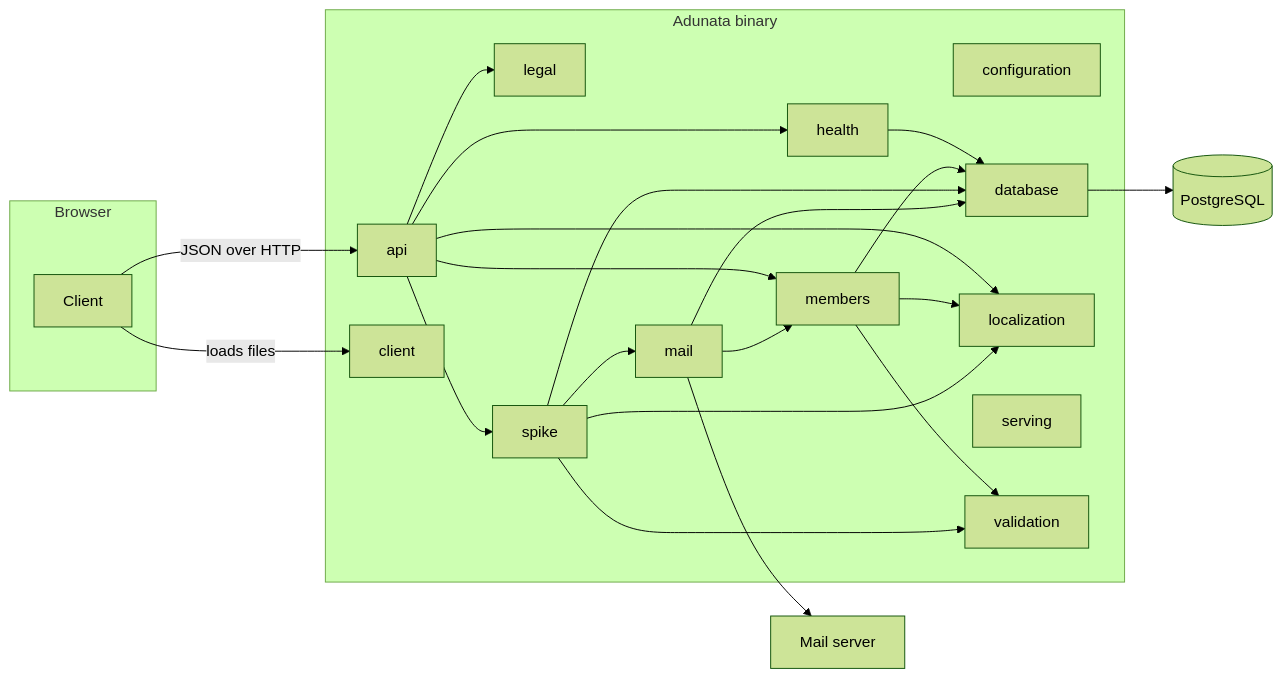
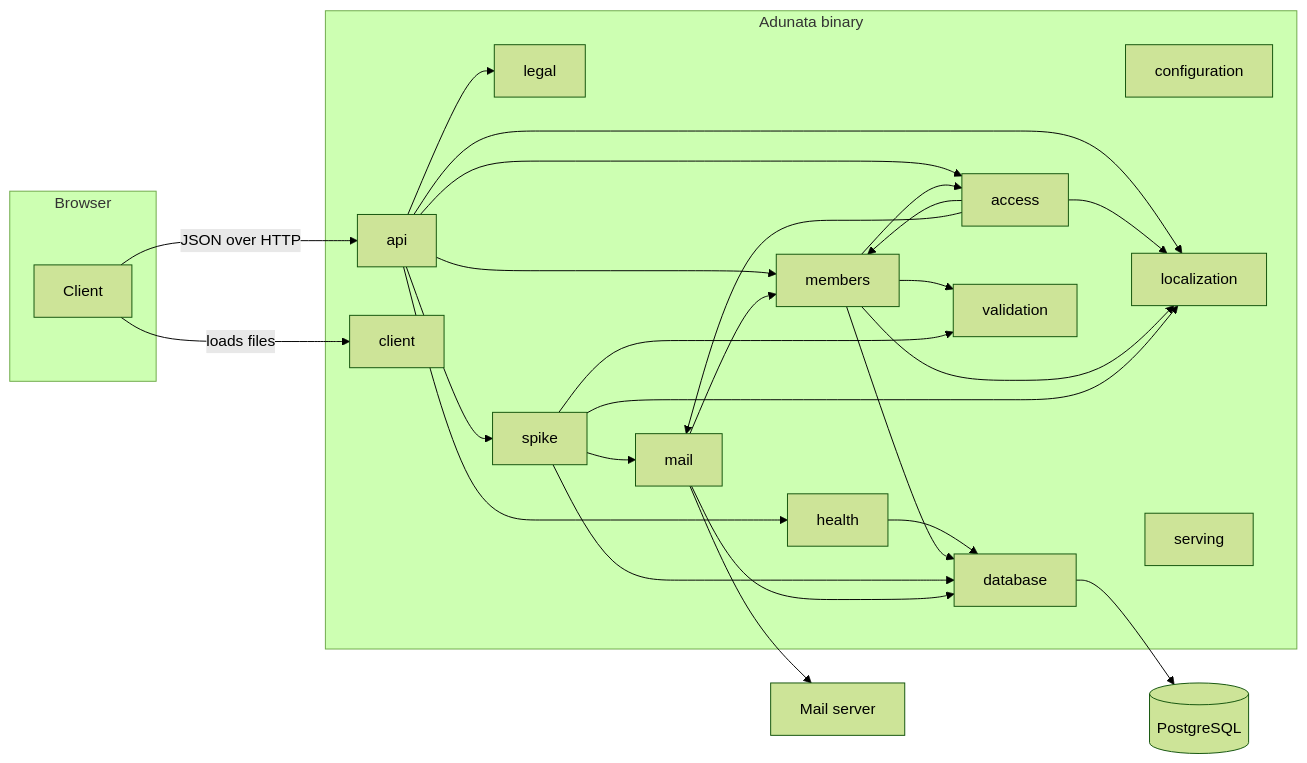
One commit to kammerchor-wernigerode/adunata changed the diagram in docs/arc42/05-building-block-view.md. Above: the diagram before and after it, drawn with Mermaid (forest theme). The commit also changed other lines of this file and 12 other files, not shown here.

````diff
--- a/docs/arc42/05-building-block-view.md
+++ b/docs/arc42/05-building-block-view.md
@@ -7,39 +7,45 @@
 ```mermaid
 flowchart LR
   subgraph browser[Browser]
     client[Client]
   end
   subgraph binary[Adunata binary]
+    access[access]
     api[api]
     clientModule[client]
     configuration[configuration]
     database[database]
     health[health]
     legal[legal]
     localization[localization]
     mail[mail]
     members[members]
     spike[spike]
     serving[serving]
     validation[validation]
   end
   client -- JSON over HTTP --> api
   client -- loads files --> clientModule
   api --> spike
   api --> localization
   api --> health
   api --> legal
   api --> members
+  api --> access
+  access --> members
+  access --> mail
+  access --> localization
+  members --> access
   health --> database
   members --> database
   members --> localization
   members --> validation
   spike --> validation
   mail --> members
   spike --> database
   spike --> mail
   spike --> localization
   mail --> database
   database --> postgres[(PostgreSQL)]
   mail --> smtp[Mail server]
 ```
````
